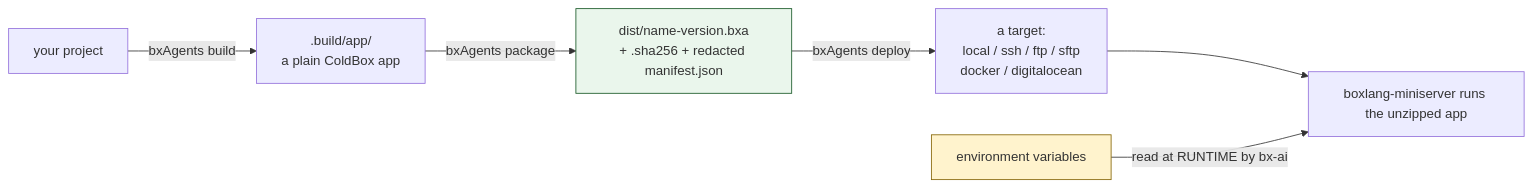
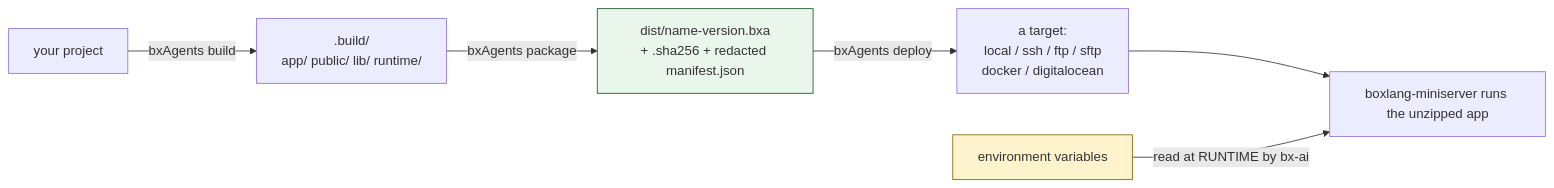
One commit to ortus-boxlang/bx-agents changed the diagram in es/course/20-packaging-deploying-and-wrapping-up.md. Above: the diagram before and after it, drawn with Mermaid. The commit also changed other lines of this file and 247 other files, not shown here.

````diff
--- a/es/course/20-packaging-deploying-and-wrapping-up.md
+++ b/es/course/20-packaging-deploying-and-wrapping-up.md
@@ -17,11 +17,11 @@
 ```mermaid
 flowchart LR
-    P["your project"] -->|"bxAgents build"| B[".build/app/<br/>a plain ColdBox app"]
+    P["your project"] -->|"bxAgents build"| B[".build/<br/>app/ public/ lib/ runtime/"]
     B -->|"bxAgents package"| A["dist/name-version.bxa<br/>+ .sha256 + redacted manifest.json"]
     A -->|"bxAgents deploy"| T["a target:<br/>local / ssh / ftp / sftp<br/>docker / digitalocean"]
     T --> RUN["boxlang-miniserver runs the unzipped app"]
     ENV["environment variables"] -->|"read at RUNTIME by bx-ai"| RUN
 
     style A fill:#eaf6ec,stroke:#155724
     style ENV fill:#fff3cd,stroke:#856404
 ```
````
